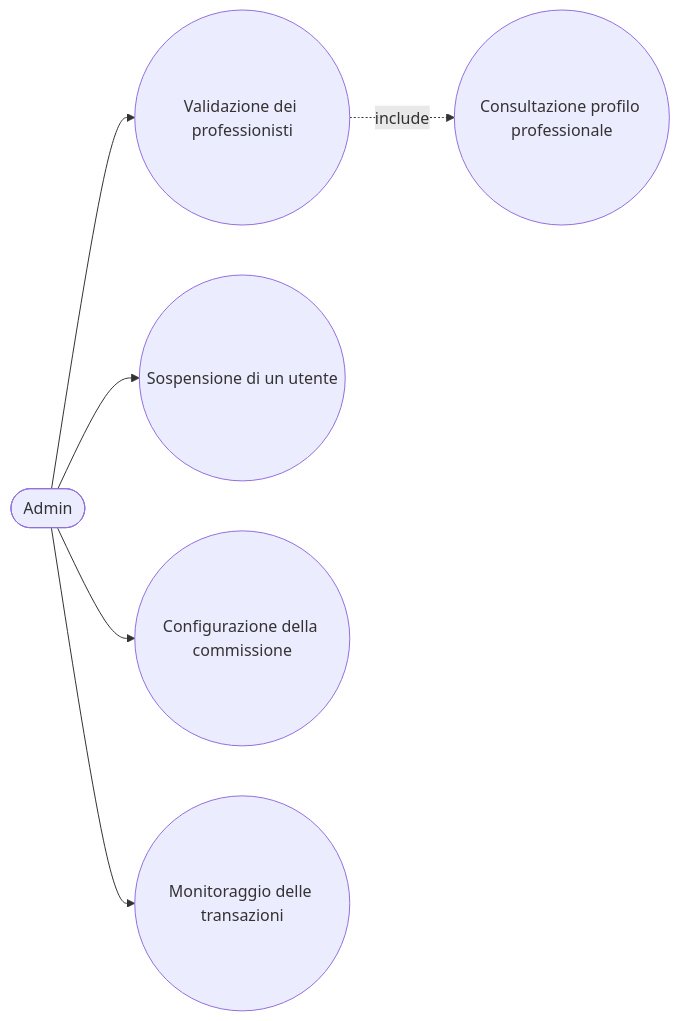
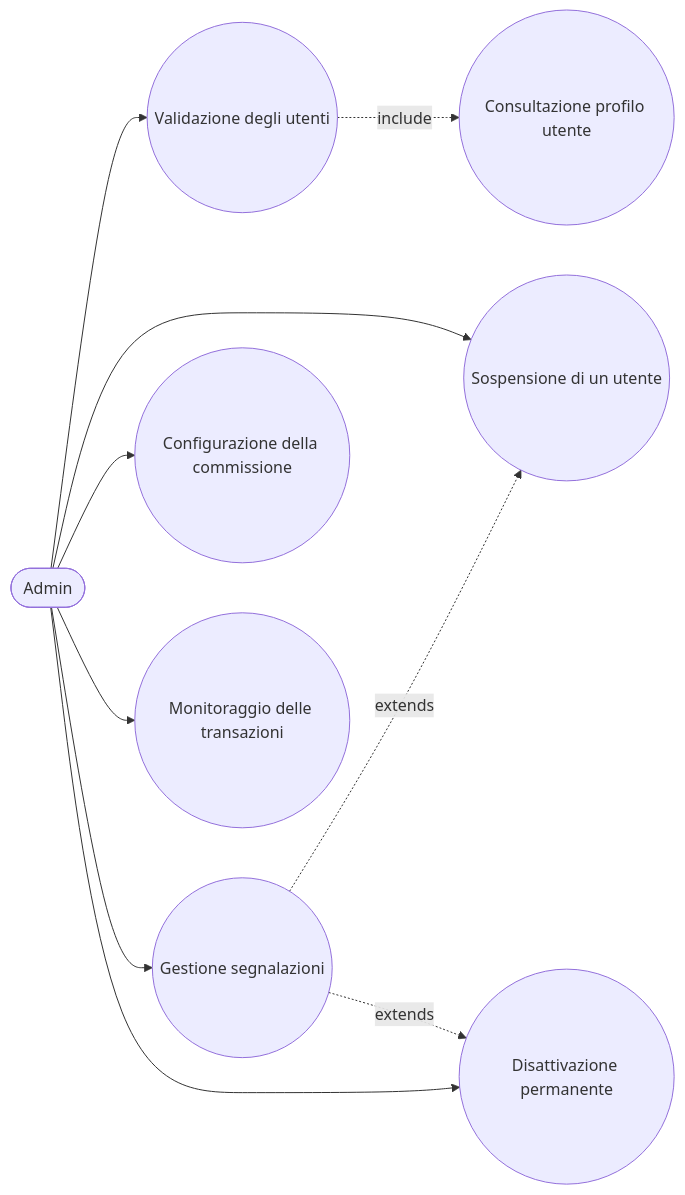
The diagram in docs/use-cases/admin-use-cases.md (aandrioli62/skillmatch-2026), drawn with Mermaid before and after one commit. The commit also changed other lines of this file and 79 other files, not shown here.

````diff
--- a/docs/use-cases/admin-use-cases.md
+++ b/docs/use-cases/admin-use-cases.md
@@ -5,16 +5,22 @@
 ```mermaid
 flowchart LR
     Admin(["Admin"])
-    UC1((Validazione dei professionisti))
+    UC1((Validazione degli utenti))
     UC2((Sospensione di un utente))
     UC3((Configurazione della commissione))
     UC4((Monitoraggio delle transazioni))
-    UCProfilo((Consultazione profilo professionale))
+    UC5((Gestione segnalazioni))
+    UC6((Disattivazione permanente))
+    UCProfilo((Consultazione profilo utente))
 
     Admin --> UC1
     Admin --> UC2
     Admin --> UC3
     Admin --> UC4
+    Admin --> UC5
+    Admin --> UC6
 
     UC1 -.include.-> UCProfilo
+    UC5 -.extends.-> UC2
+    UC5 -.extends.-> UC6
 ```
````
